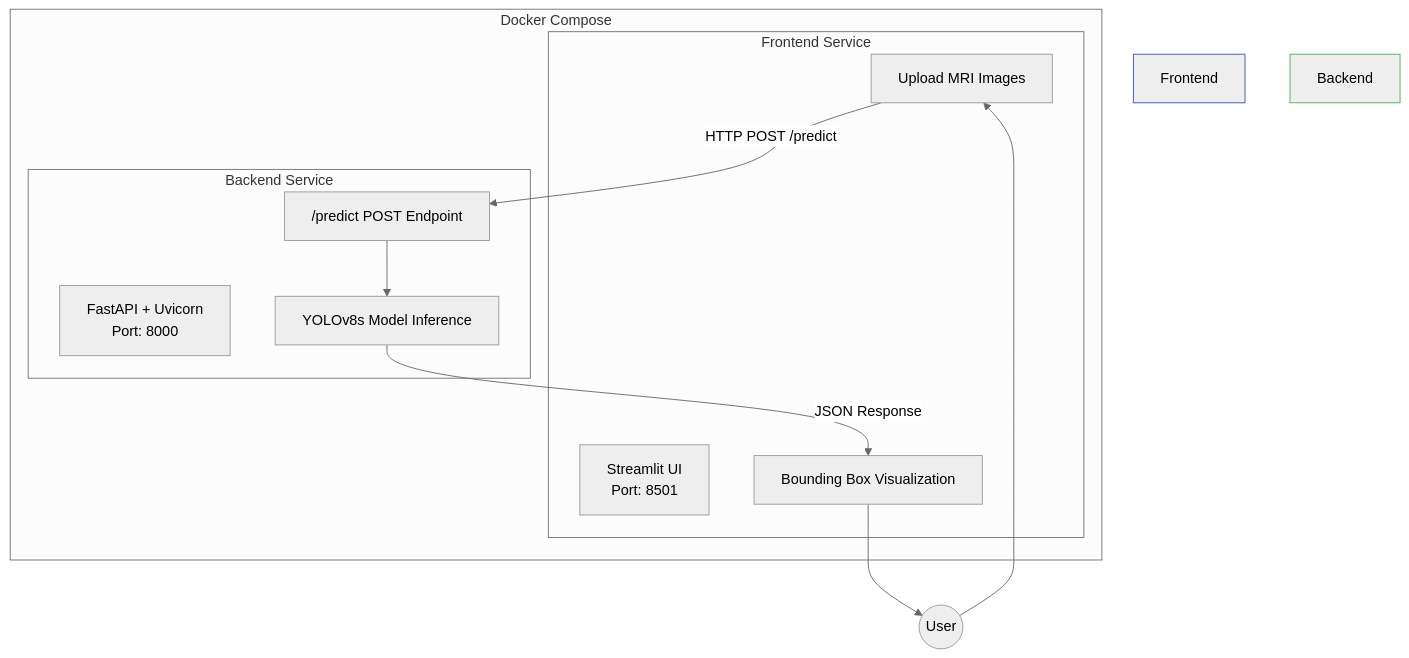
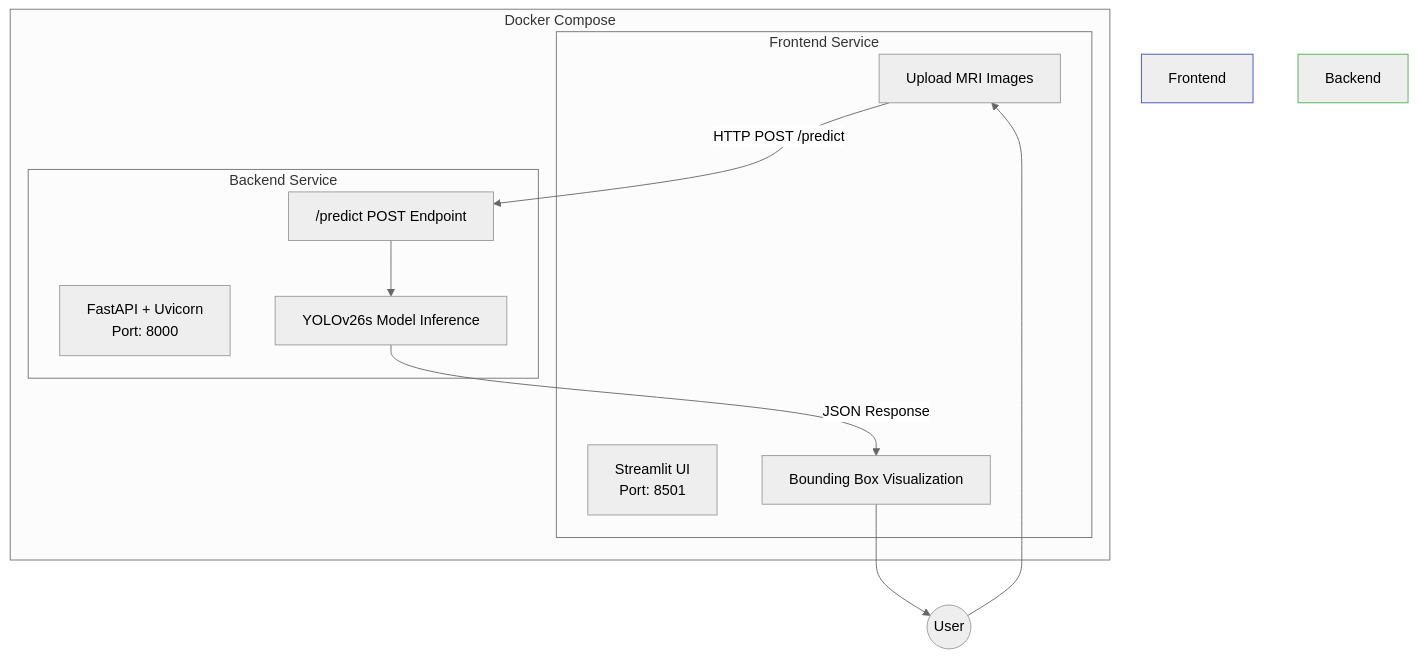
One commit to Osama-Abo-Bakr/brain-tumor changed the first of 3 diagrams in README.md. Above: the diagram before and after it, drawn with Mermaid (neutral theme). The commit also changed other lines of this file and 3 other files, not shown here.

````diff
--- a/README.md
+++ b/README.md
@@ -17,26 +17,26 @@
 ```mermaid
 graph TB
     subgraph Docker Compose
         subgraph Frontend Service
             A[Streamlit UI<br/>Port: 8501]
             A1[Upload MRI Images]
             A2[Bounding Box Visualization]
         end
 
         subgraph Backend Service
             B[FastAPI + Uvicorn<br/>Port: 8000]
             B1["/predict" POST Endpoint]
-            B2[YOLOv8s Model Inference]
+            B2[YOLOv26s Model Inference]
         end
 
         A1 -->|HTTP POST /predict| B1
         B1 --> B2
         B2 -->|JSON Response| A2
     end
 
     User((User)) --> A1
     A2 --> User
 
     style Frontend Service fill:#e8eaf6,stroke:#3f51b5
     style Backend Service fill:#e8f5e9,stroke:#4caf50
 ```
````
